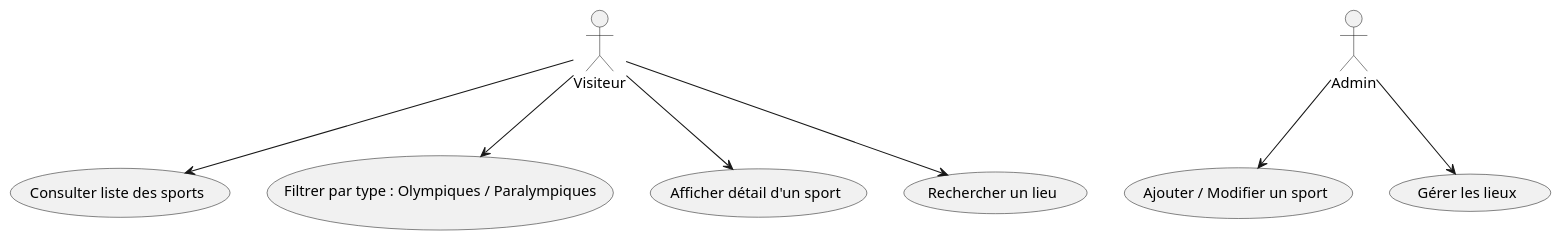
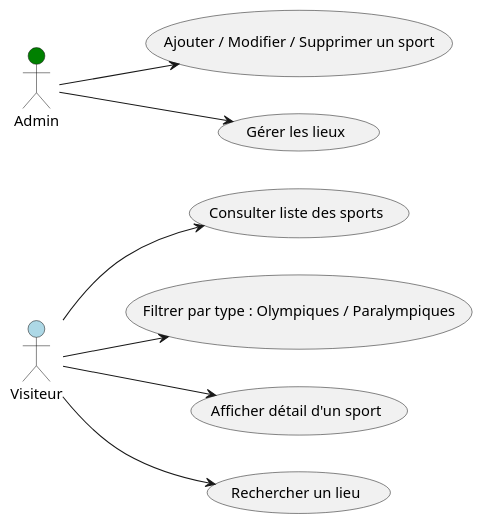
Before and after one commit to Clickandgo-informatique/jo2024-docker: the diagram in app/docs/usecases.puml, drawn with PlantUML. The commit also changed 31 other files, not shown here.

```diff
--- a/app/docs/usecases.puml
+++ b/app/docs/usecases.puml
@@ -1,11 +1,13 @@
-@startuml
-actor "Visiteur" as V
-actor "Admin" as A
+@startuml sports
+
+left to right direction
+actor "Visiteur" as V #LightBlue
+actor "Admin" as A #Green
 
 V --> (Consulter liste des sports)
 V --> (Filtrer par type : Olympiques / Paralympiques)
 V --> (Afficher détail d'un sport)
 V --> (Rechercher un lieu)
-A --> (Ajouter / Modifier un sport)
+A --> (Ajouter / Modifier / Supprimer un sport)
 A --> (Gérer les lieux)
 @enduml
```
